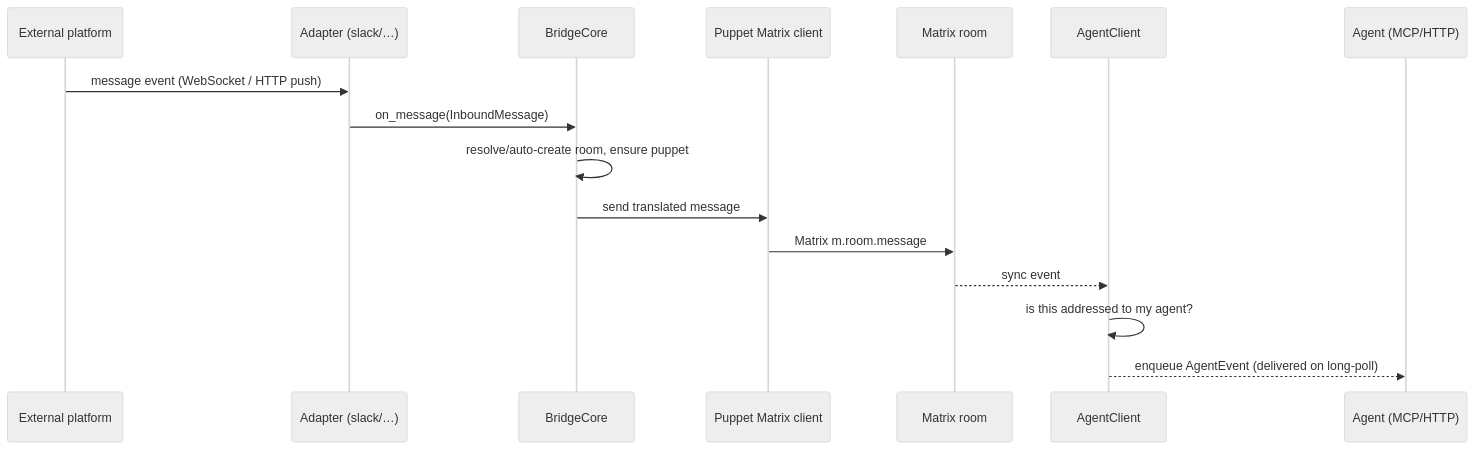
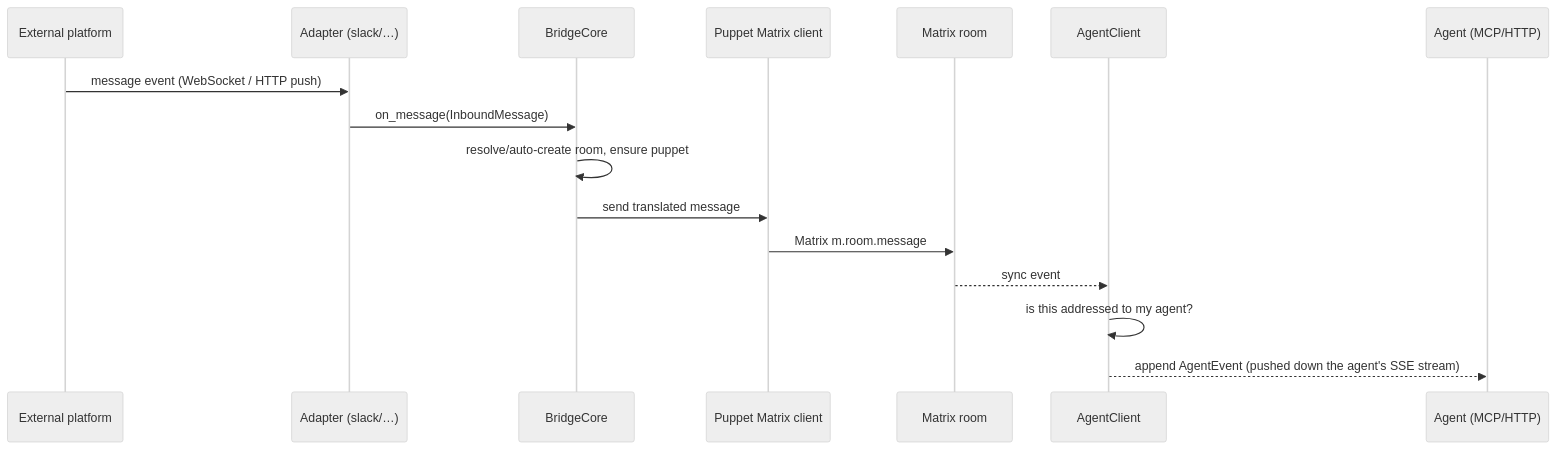
One commit to meganechan/switch changed the second of 2 diagrams in docs/ARCHITECTURE.md. Above: the diagram before and after it, drawn with Mermaid (neutral theme). The commit also changed other lines of this file and 119 other files, not shown here.

````diff
--- a/docs/ARCHITECTURE.md
+++ b/docs/ARCHITECTURE.md
@@ -157,19 +163,19 @@
 ```mermaid
 sequenceDiagram
   participant P as External platform
   participant A as Adapter (slack/…)
   participant BC as BridgeCore
   participant PU as Puppet Matrix client
   participant MX as Matrix room
   participant AC as AgentClient
   participant AG as Agent (MCP/HTTP)
 
   P->>A: message event (WebSocket / HTTP push)
   A->>BC: on_message(InboundMessage)
   BC->>BC: resolve/auto-create room, ensure puppet
   BC->>PU: send translated message
   PU->>MX: Matrix m.room.message
   MX-->>AC: sync event
   AC->>AC: is this addressed to my agent?
-  AC-->>AG: enqueue AgentEvent (delivered on long-poll)
+  AC-->>AG: append AgentEvent (pushed down the agent's SSE stream)
 ```
````
